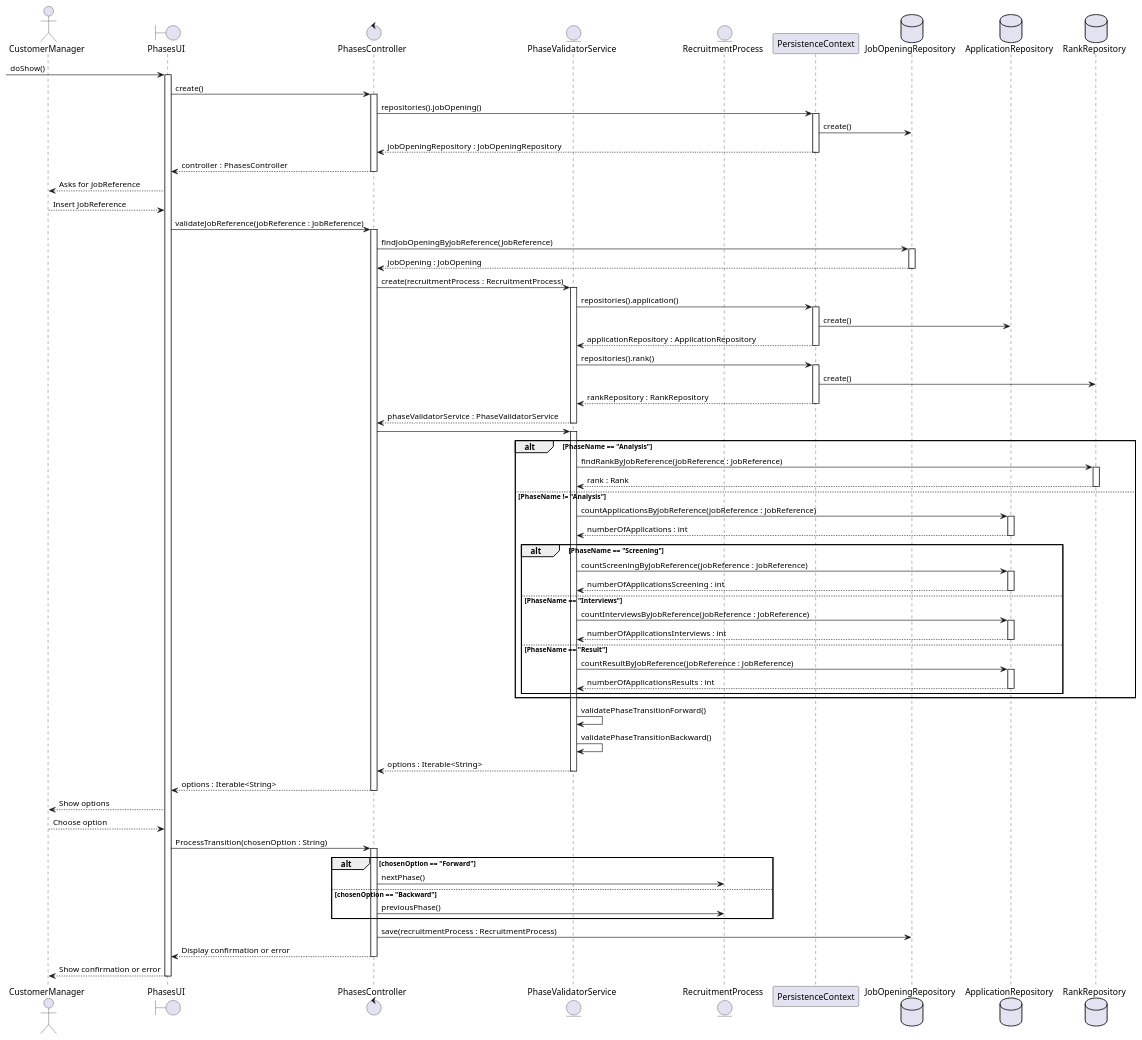
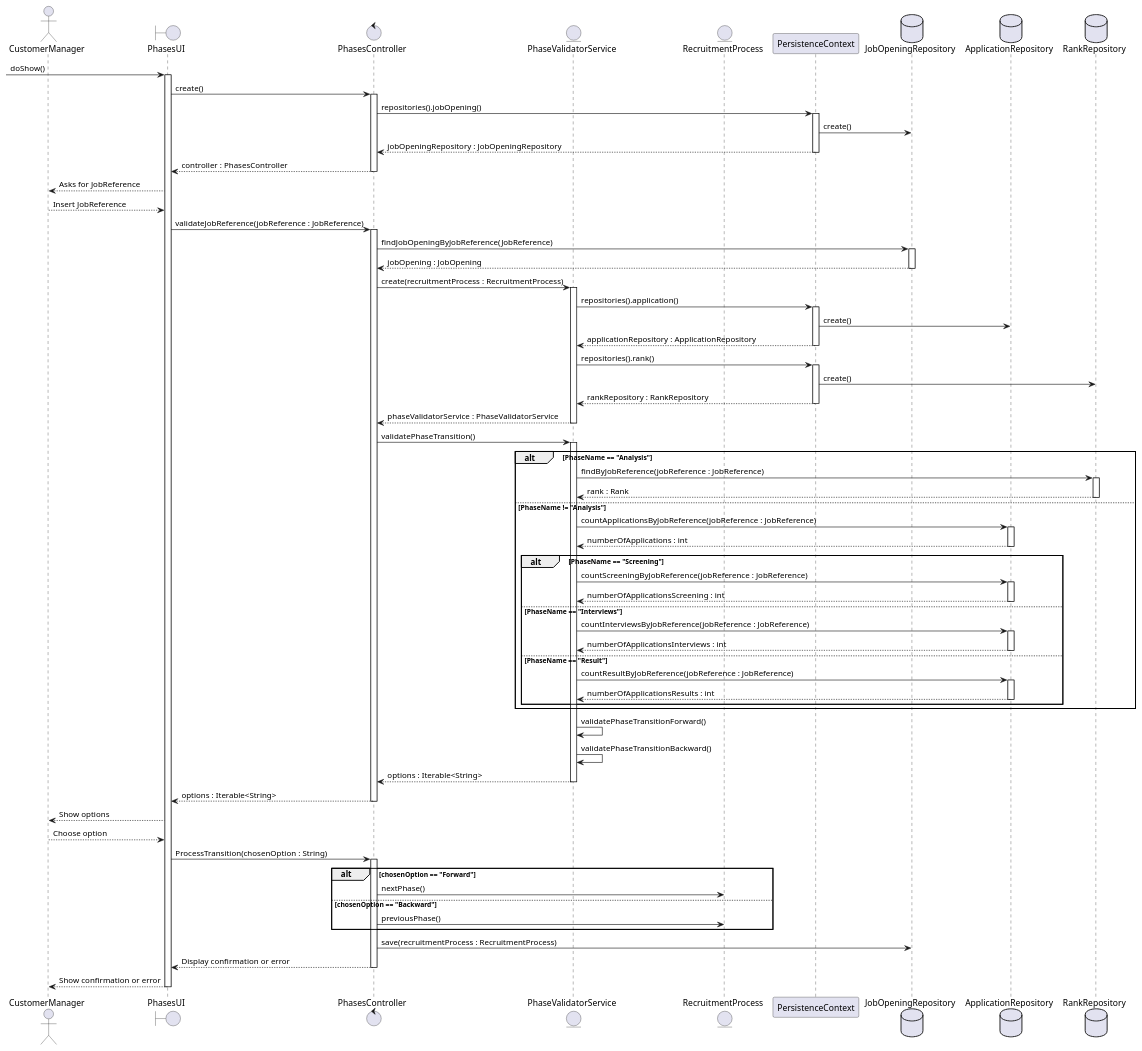
One commit to Mendoncaa/LAPR4 changed the diagram in docs/sprintC/US1010/03.design/puml/SD.puml. Above: the diagram before and after it, drawn with PlantUML. The commit also changed 15 other files, not shown here.

First line of the commit message:
#40 US1010 diagrams updated and Code implementation.

```diff
--- a/docs/sprintC/US1010/03.design/puml/SD.puml
+++ b/docs/sprintC/US1010/03.design/puml/SD.puml
@@ -1,95 +1,95 @@
 @startuml SequenceDiagram
 actor CustomerManager
 boundary PhasesUI
 control PhasesController
 entity PhaseValidatorService
 entity RecruitmentProcess
 participant PersistenceContext
 database JobOpeningRepository
 database ApplicationRepository
 database RankRepository
 
 -> PhasesUI: doShow()
 activate PhasesUI
 PhasesUI -> PhasesController : create()
 activate PhasesController
 PhasesController -> PersistenceContext : repositories().jobOpening()
 activate PersistenceContext
 PersistenceContext -> JobOpeningRepository : create()
 PersistenceContext --> PhasesController : jobOpeningRepository : JobOpeningRepository
 deactivate PersistenceContext
 PhasesController --> PhasesUI : controller : PhasesController
 deactivate PhasesController
 PhasesUI --> CustomerManager: Asks for JobReference
 CustomerManager --> PhasesUI: Insert JobReference
 PhasesUI -> PhasesController: validateJobReference(jobReference : JobReference)
 activate PhasesController
 PhasesController -> JobOpeningRepository: findJobOpeningByJobReference(JobReference)
 activate JobOpeningRepository
 JobOpeningRepository --> PhasesController: jobOpening : JobOpening
 deactivate JobOpeningRepository
 PhasesController -> PhaseValidatorService : create(recruitmentProcess : RecruitmentProcess)
 activate PhaseValidatorService
 PhaseValidatorService -> PersistenceContext : repositories().application()
 activate PersistenceContext
 PersistenceContext -> ApplicationRepository : create()
 PersistenceContext --> PhaseValidatorService : applicationRepository : ApplicationRepository
 deactivate PersistenceContext
 PhaseValidatorService -> PersistenceContext : repositories().rank()
 activate PersistenceContext
 PersistenceContext -> RankRepository : create()
 PersistenceContext --> PhaseValidatorService : rankRepository : RankRepository
 deactivate PersistenceContext
 PhaseValidatorService --> PhasesController: phaseValidatorService : PhaseValidatorService
 deactivate PhaseValidatorService
-PhasesController -> PhaseValidatorService:
+PhasesController -> PhaseValidatorService: validatePhaseTransition()
 activate PhaseValidatorService
 alt PhaseName == "Analysis"
-PhaseValidatorService -> RankRepository : findRankByJobReference(jobReference : JobReference)
+PhaseValidatorService -> RankRepository : findByJobReference(jobReference : JobReference)
 activate RankRepository
 RankRepository --> PhaseValidatorService: rank : Rank
 deactivate RankRepository
 else PhaseName != "Analysis"
 PhaseValidatorService -> ApplicationRepository : countApplicationsByJobReference(jobReference : JobReference)
 activate ApplicationRepository
 ApplicationRepository --> PhaseValidatorService: numberOfApplications : int
 deactivate ApplicationRepository
     alt PhaseName == "Screening"
     PhaseValidatorService -> ApplicationRepository : countScreeningByJobReference(jobReference : JobReference)
     activate ApplicationRepository
     ApplicationRepository --> PhaseValidatorService: numberOfApplicationsScreening : int
     deactivate ApplicationRepository
     else PhaseName == "Interviews"
     PhaseValidatorService -> ApplicationRepository : countInterviewsByJobReference(jobReference : JobReference)
     activate ApplicationRepository
     ApplicationRepository --> PhaseValidatorService: numberOfApplicationsInterviews : int
     deactivate ApplicationRepository
     else PhaseName == "Result"
     PhaseValidatorService -> ApplicationRepository : countResultByJobReference(jobReference : JobReference)
     activate ApplicationRepository
     ApplicationRepository --> PhaseValidatorService: numberOfApplicationsResults : int
     deactivate ApplicationRepository
 
     end
 end
 PhaseValidatorService -> PhaseValidatorService : validatePhaseTransitionForward()
 PhaseValidatorService -> PhaseValidatorService : validatePhaseTransitionBackward()
 PhaseValidatorService --> PhasesController: options : Iterable<String>
 deactivate PhaseValidatorService
 PhasesController --> PhasesUI: options : Iterable<String>
 deactivate PhasesController
 PhasesUI --> CustomerManager: Show options
 CustomerManager --> PhasesUI: Choose option
 PhasesUI -> PhasesController: ProcessTransition(chosenOption : String)
 activate PhasesController
 alt chosenOption == "Forward"
 PhasesController -> RecruitmentProcess: nextPhase()
 else chosenOption == "Backward"
 PhasesController -> RecruitmentProcess: previousPhase()
 end
 PhasesController -> JobOpeningRepository : save(recruitmentProcess : RecruitmentProcess)
 PhasesController --> PhasesUI: Display confirmation or error
 deactivate PhasesController
 PhasesUI --> CustomerManager: Show confirmation or error
 deactivate PhasesUI
 @enduml
```
